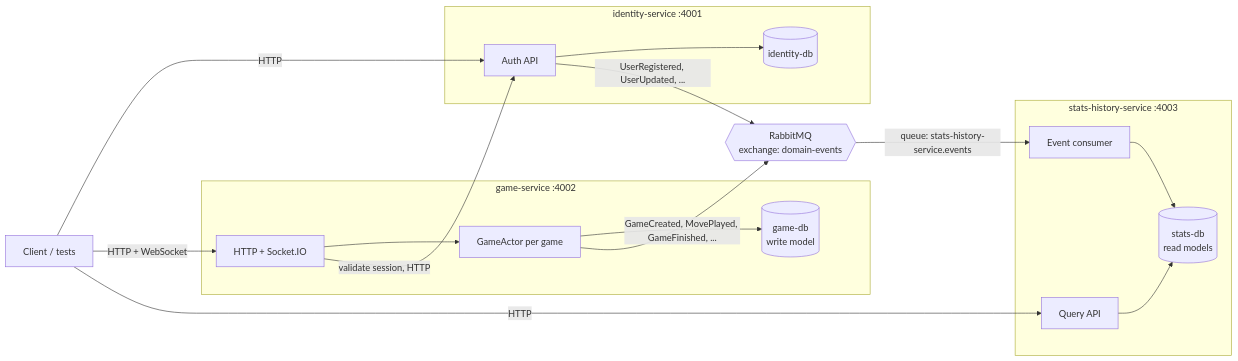
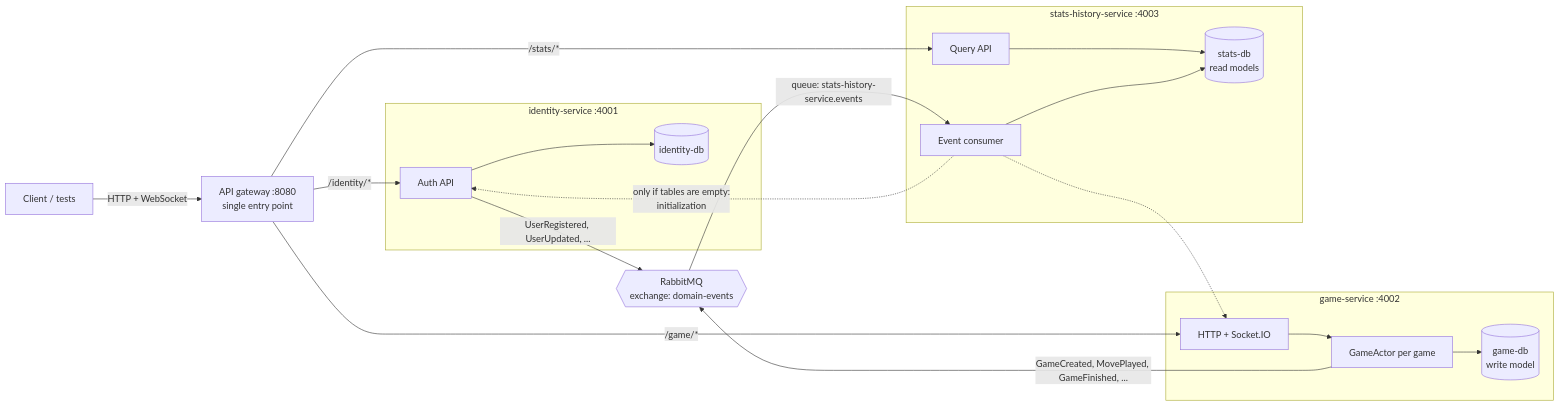
Before and after one commit to moutazsalah/chess-U: the diagram in README.md, drawn with Mermaid. The commit also changed other lines of this file and 38 other files, not shown here.

First line of the commit message:
Add API gateway and service resilience

````diff
--- a/README.md
+++ b/README.md
@@ -45,28 +47,31 @@
 ```mermaid
 flowchart LR
     C[Client / tests]
+    GW[API gateway :8080<br/>single entry point]
 
     subgraph identity [identity-service :4001]
         I[Auth API] --> IDB[(identity-db)]
     end
 
     subgraph game [game-service :4002]
         G[HTTP + Socket.IO] --> A[GameActor per game]
         A --> GDB[(game-db<br/>write model)]
     end
 
     subgraph stats [stats-history-service :4003]
         S[Query API] --> SDB[(stats-db<br/>read models)]
         W[Event consumer] --> SDB
     end
 
     MQ{{RabbitMQ<br/>exchange: domain-events}}
 
-    C -->|HTTP| I
-    C -->|HTTP + WebSocket| G
-    C -->|HTTP| S
-    G -->|validate session, HTTP| I
+    C -->|HTTP + WebSocket| GW
+    GW -->|/identity/*| I
+    GW -->|/game/*| G
+    GW -->|/stats/*| S
     I -->|UserRegistered, UserUpdated, ...| MQ
     A -->|GameCreated, MovePlayed, GameFinished, ...| MQ
     MQ -->|queue: stats-history-service.events| W
+    W -.->|only if tables are empty:<br/>initialization| I
+    W -.-> G
 ```
````
